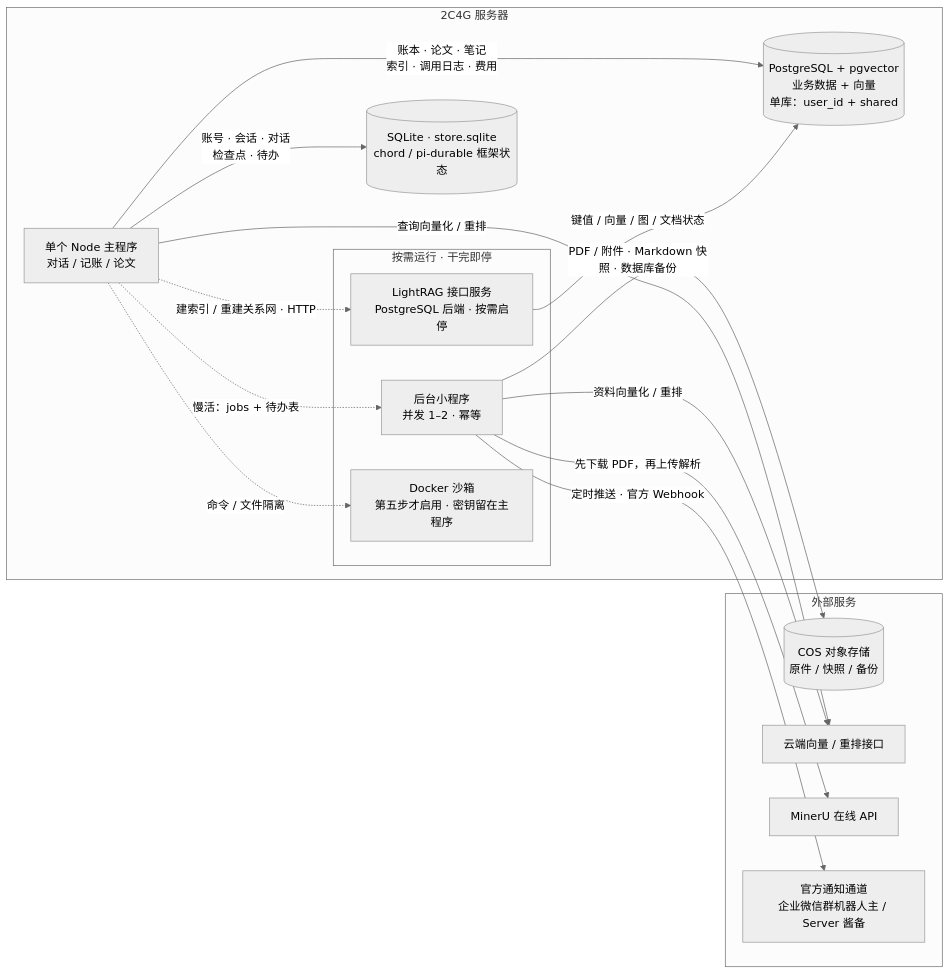
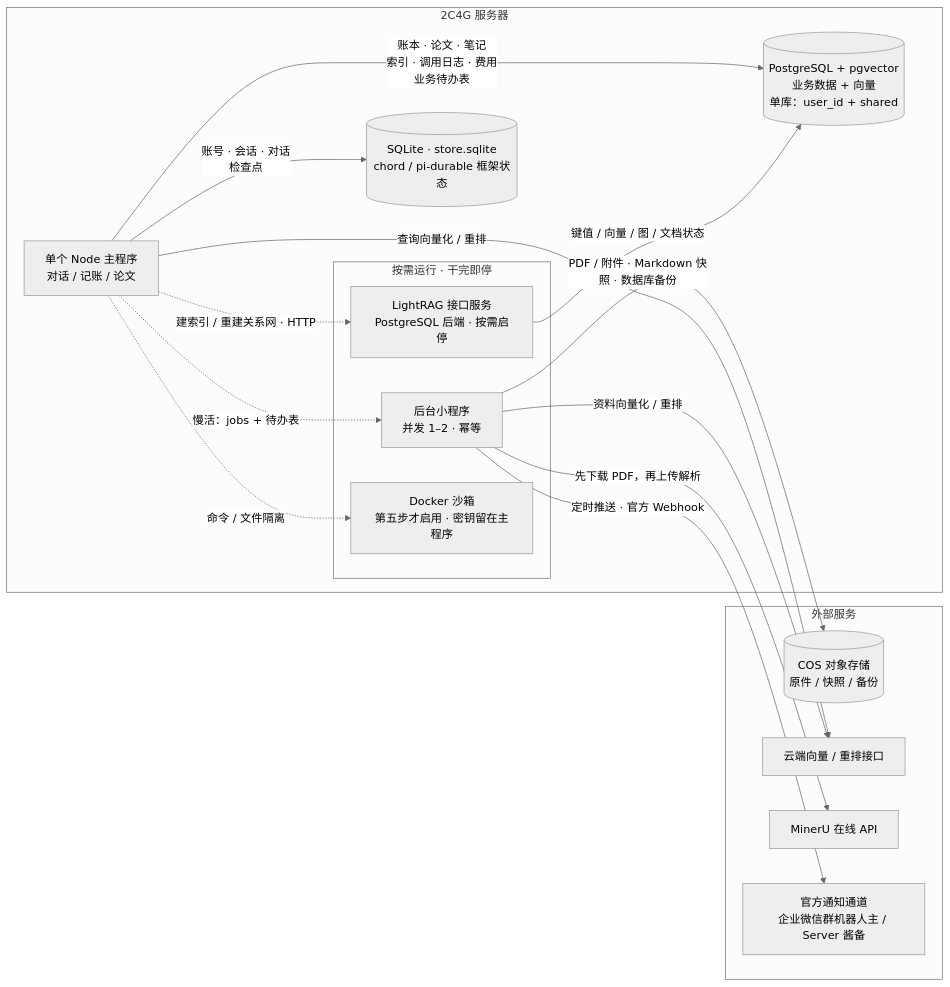
One commit to XiaoPang-Huang/lumencafe changed the second of 10 diagrams in docs/白皮书-v3.md. Above: the diagram before and after it, drawn with Mermaid (neutral theme). The commit also changed other lines of this file and 2 other files, not shown here.

Commit message:
docs(存储): 拍板业务待办表放PG并修正图内待办阶段状态指向

````diff
--- a/docs/白皮书-v3.md
+++ b/docs/白皮书-v3.md
@@ -289,32 +291,32 @@
 ```mermaid
 flowchart LR
     subgraph HOST2 ["2C4G 服务器"]
         NodeApp["单个 Node 主程序<br>对话 / 记账 / 论文"]
         SQLite[("SQLite · store.sqlite<br>chord / pi-durable 框架状态")]
         PG[("PostgreSQL + pgvector<br>业务数据 + 向量<br>单库：user_id + shared")]
         subgraph ONDEMAND ["按需运行 · 干完即停"]
             Worker["后台小程序<br>并发 1–2 · 幂等"]
             LightRAG["LightRAG 接口服务<br>PostgreSQL 后端 · 按需启停"]
             Docker["Docker 沙箱<br>第五步才启用 · 密钥留在主程序"]
         end
     end
 
     subgraph EXTERNAL ["外部服务"]
         COS[("COS 对象存储<br>原件 / 快照 / 备份")]
         Embedding["云端向量 / 重排接口"]
         MinerU["MinerU 在线 API"]
         Notify["官方通知通道<br>企业微信群机器人主 / Server 酱备"]
     end
 
-    NodeApp -->|账号 · 会话 · 对话<br>检查点 · 待办| SQLite
-    NodeApp -->|账本 · 论文 · 笔记<br>索引 · 调用日志 · 费用| PG
+    NodeApp -->|账号 · 会话 · 对话<br>检查点| SQLite
+    NodeApp -->|账本 · 论文 · 笔记<br>索引 · 调用日志 · 费用<br>业务待办表| PG
     NodeApp -.->|慢活：jobs + 待办表| Worker
     NodeApp -.->|建索引 / 重建关系网 · HTTP| LightRAG
     LightRAG -->|键值 / 向量 / 图 / 文档状态| PG
     NodeApp -.->|命令 / 文件隔离| Docker
     NodeApp -->|查询向量化 / 重排| Embedding
     Worker -->|资料向量化 / 重排| Embedding
     Worker -->|先下载 PDF，再上传解析| MinerU
     Worker -->|定时推送 · 官方 Webhook| Notify
     Worker -->|PDF / 附件 · Markdown 快照 · 数据库备份| COS
 ```
````
